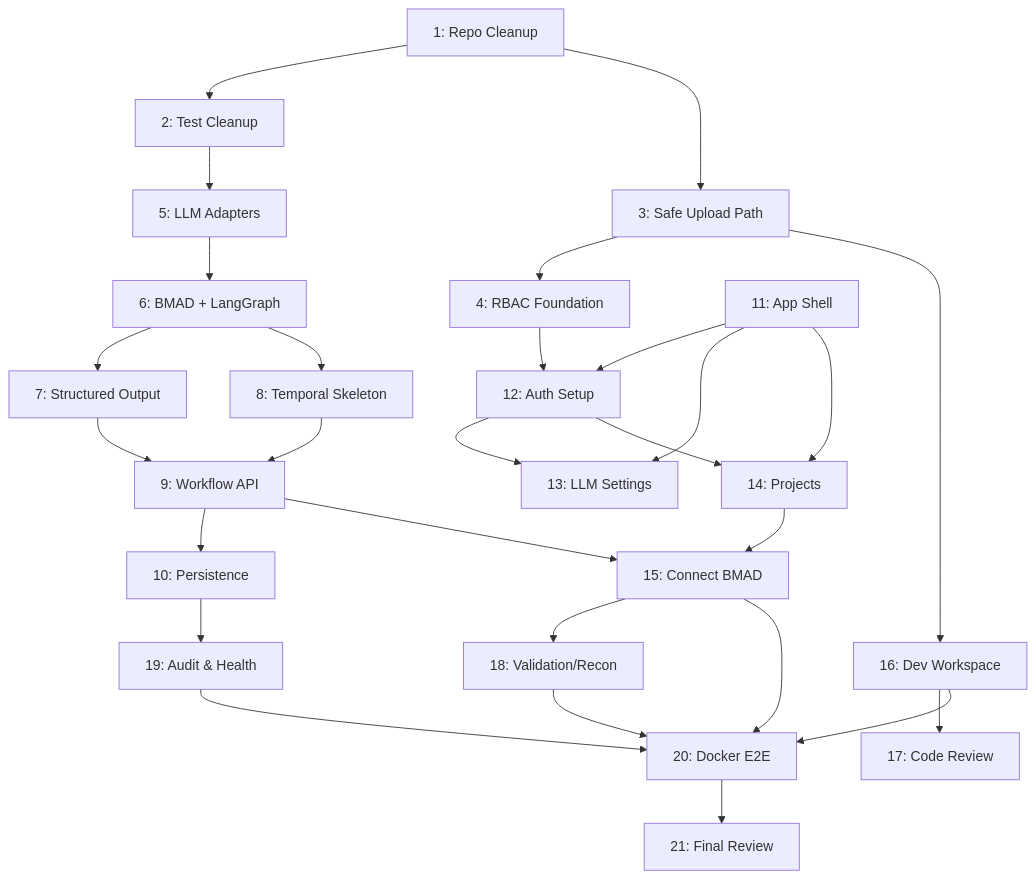
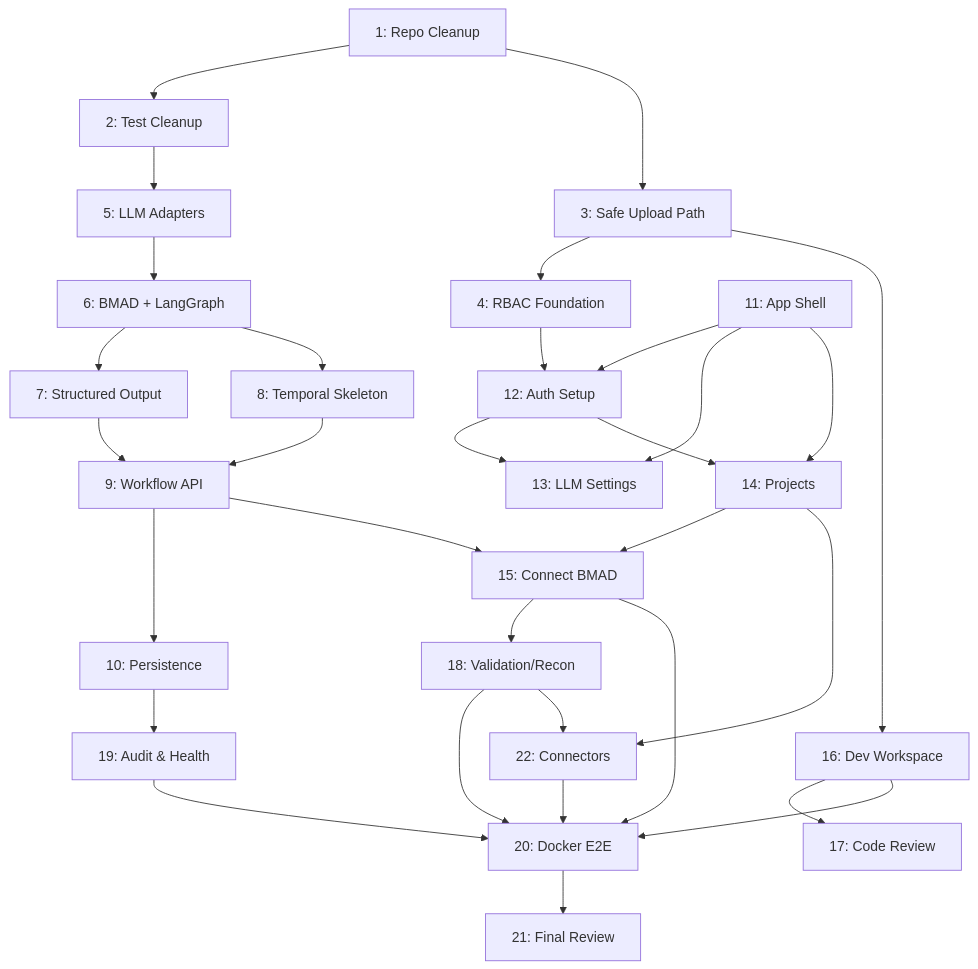
One commit to datainteg/helix-ai-migration changed the diagram in promts.md. Above: the diagram before and after it, drawn with Mermaid. The commit also changed other lines of this file, not shown here.

````diff
--- a/promts.md
+++ b/promts.md
@@ -2703,30 +2886,33 @@
 ```mermaid
 graph TD
     P1[1: Repo Cleanup] --> P2[2: Test Cleanup]
     P1 --> P3[3: Safe Upload Path]
     P2 --> P5[5: LLM Adapters]
     P3 --> P4[4: RBAC Foundation]
     P3 --> P16[16: Dev Workspace]
     P5 --> P6[6: BMAD + LangGraph]
     P6 --> P7[7: Structured Output]
     P6 --> P8[8: Temporal Skeleton]
     P7 --> P9[9: Workflow API]
     P8 --> P9
     P9 --> P10[10: Persistence]
     P4 --> P12[12: Auth Setup]
     P12 --> P13[13: LLM Settings]
     P12 --> P14[14: Projects]
     P9 --> P15[15: Connect BMAD]
     P14 --> P15
     P16 --> P17[17: Code Review]
     P15 --> P18[18: Validation/Recon]
     P10 --> P19[19: Audit & Health]
     P11[11: App Shell] --> P12
     P11 --> P13
     P11 --> P14
     P15 --> P20[20: Docker E2E]
     P16 --> P20
     P18 --> P20
+    P18 --> P22[22: Connectors]
     P19 --> P20
+    P14 --> P22
+    P22 --> P20
     P20 --> P21[21: Final Review]
 ```
````
